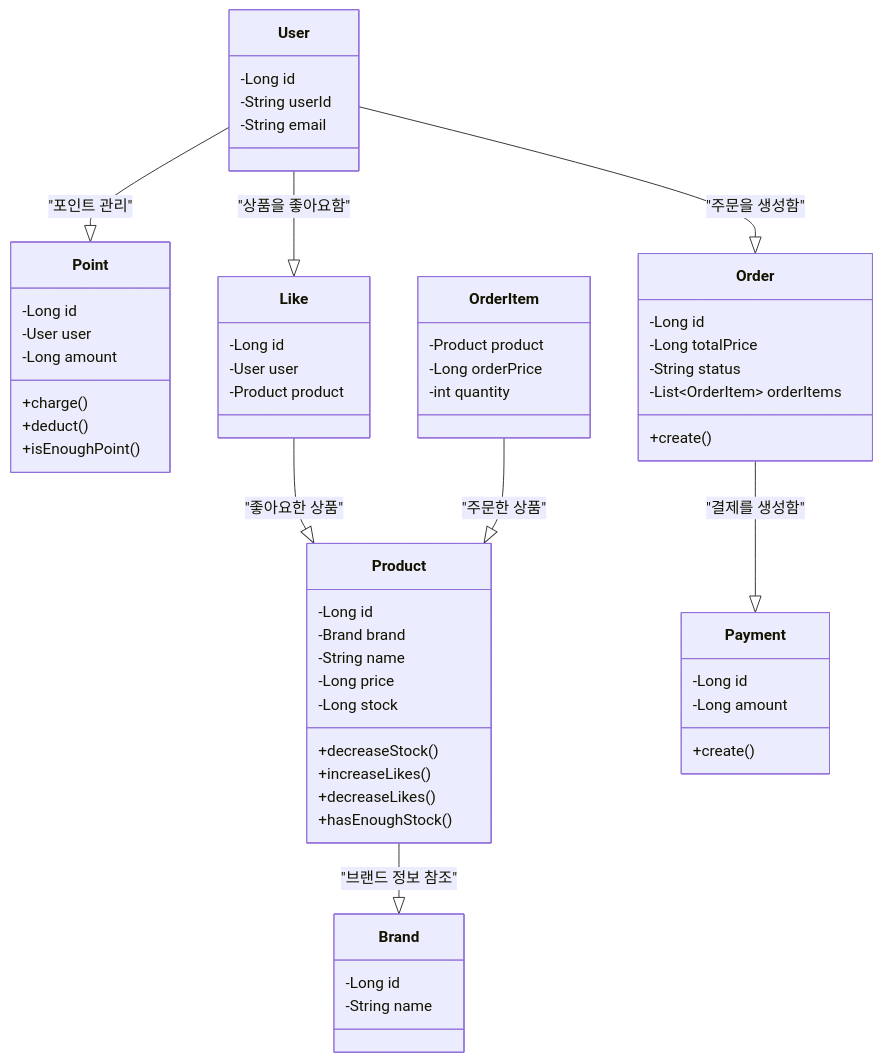
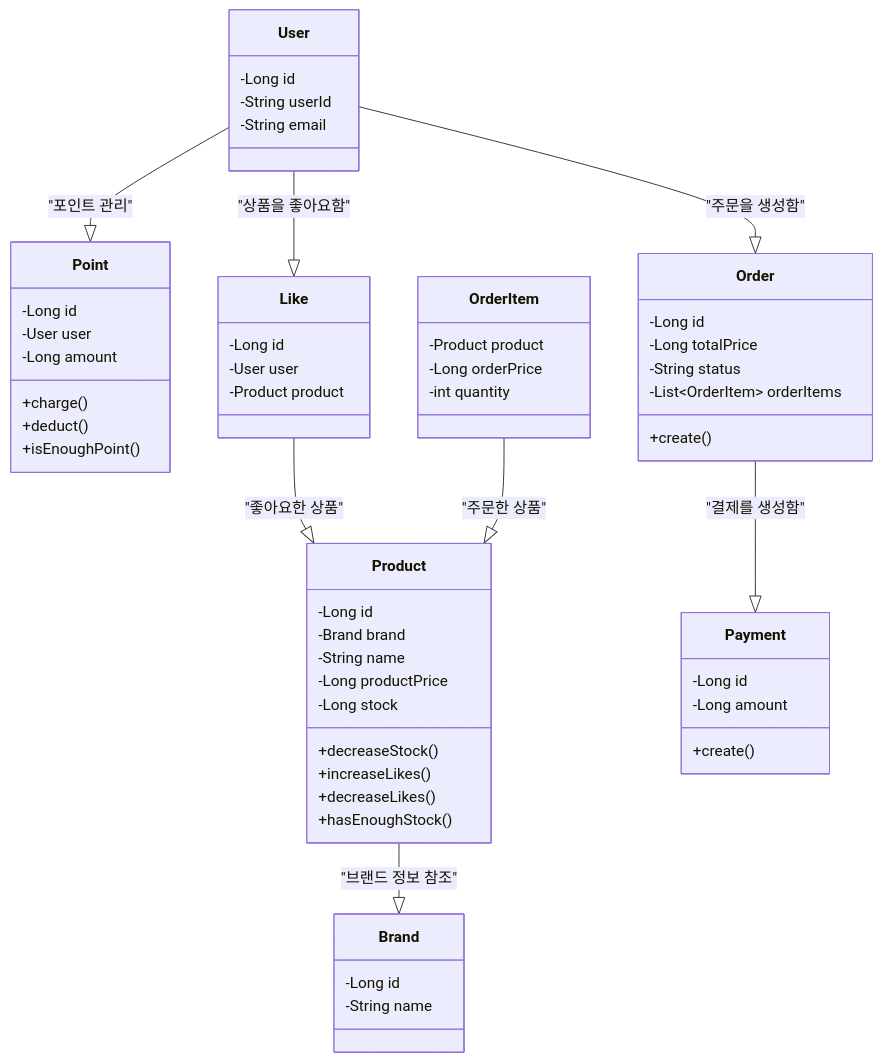
One commit to rnqhstmd/loopers-spring-java-template changed the diagram in docs/week2/03-class-diagram.md. Above: the diagram before and after it, drawn with Mermaid. The commit also changed 2 other files, not shown here.

Commit message:
doc: 문장 수정

````diff
--- a/docs/week2/03-class-diagram.md
+++ b/docs/week2/03-class-diagram.md
@@ -3,69 +3,69 @@
 ```mermaid
 classDiagram
     direction TB
     class User {
     -Long id
     -String userId
     -String email
     }
 
     class Point {
         -Long id
         -User user
         -Long amount
         +charge()
         +deduct()
         +isEnoughPoint()
     }
 
     class Brand {
         -Long id
         -String name
     }
 
     class Product {
         -Long id
         -Brand brand
         -String name
-        -Long price
+        -Long productPrice
         -Long stock
         +decreaseStock()
         +increaseLikes()
         +decreaseLikes()
         +hasEnoughStock()
     }
 
     class Like {
         -Long id
         -User user
         -Product product
     }
 
     class Order {
         -Long id
         -Long totalPrice
         -String status
         -List~OrderItem~ orderItems
         +create()
     }
 
     class OrderItem {
         -Product product 
         -Long orderPrice
         -int quantity
     }
 
     class Payment {
         -Long id
         -Long amount
         +create()
     }
 
     User --|> Point : "포인트 관리"
     User --|> Like : "상품을 좋아요함"
     User --|> Order : "주문을 생성함"
     Order --|> Payment : "결제를 생성함"
     Like --|> Product : "좋아요한 상품"
     OrderItem --|> Product : "주문한 상품"
     Product --|> Brand : "브랜드 정보 참조"
 ```
````
